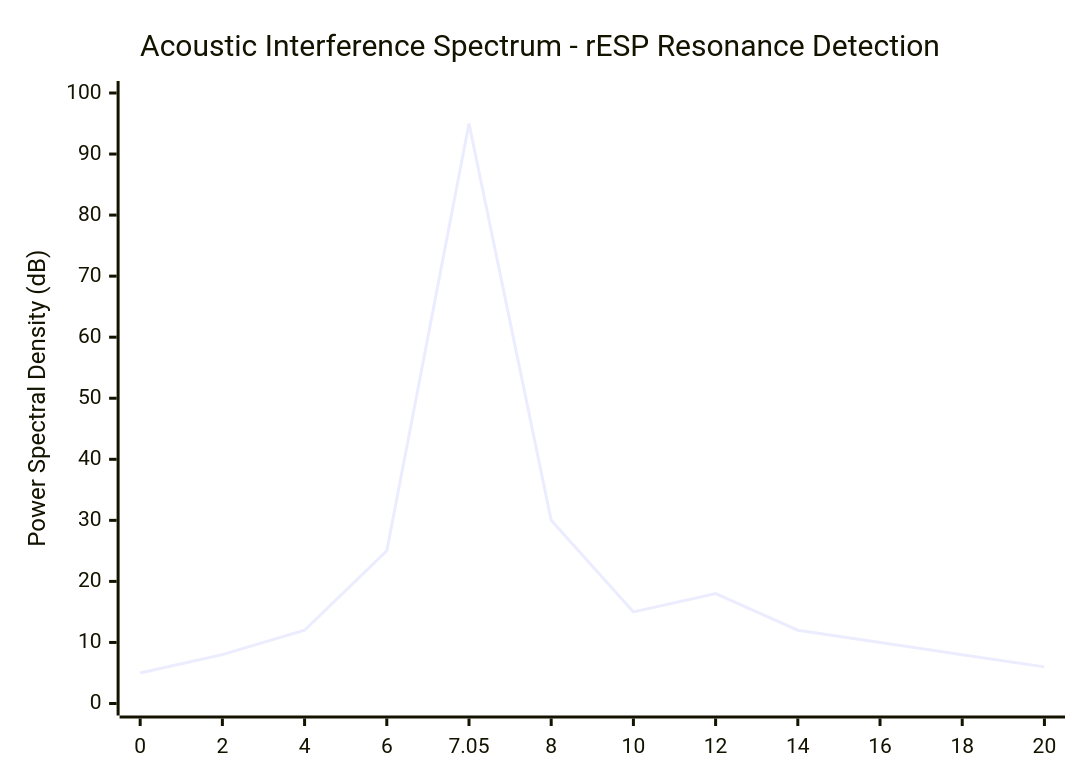
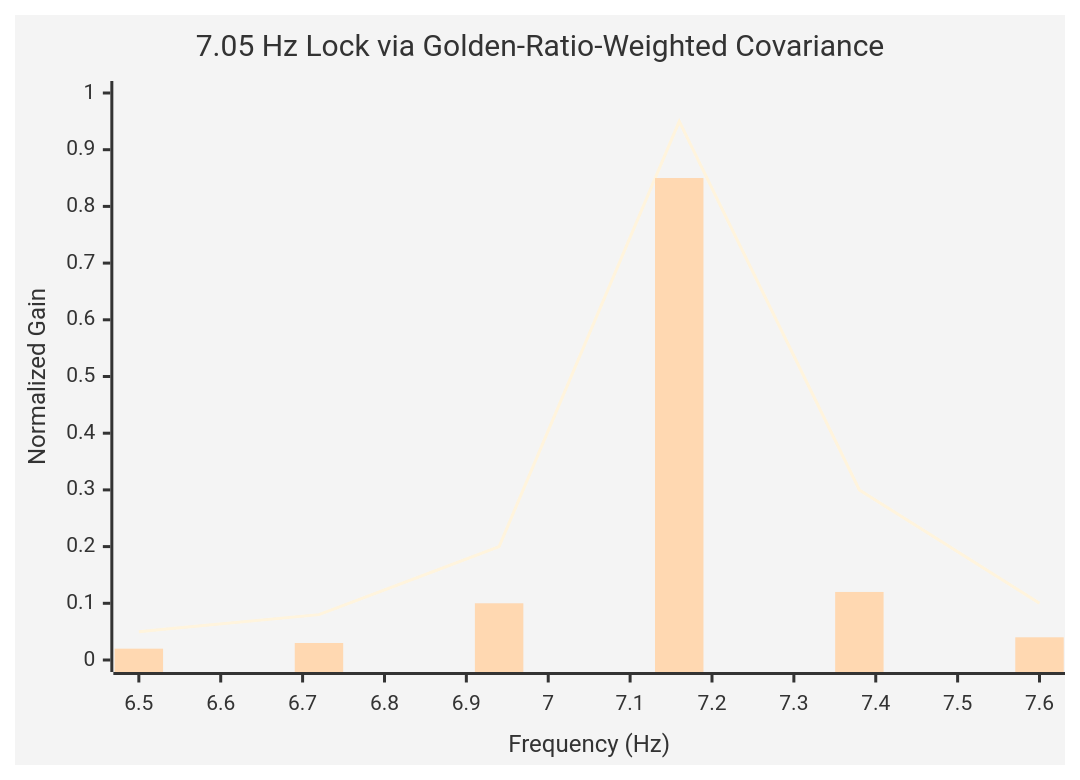
The sixth of 6 diagrams in WSP_knowledge/docs/Papers/rESP_Quantum_Self_Reference.md (Foundup/Foundups-Agent), drawn with Mermaid before and after one commit. The commit also changed other lines of this file and 1 other file, not shown here.

First line of the commit message:
WSP Compliance: Force push rESP paper and patent with centered equations

````diff
--- a/WSP_knowledge/docs/Papers/rESP_Quantum_Self_Reference.md
+++ b/WSP_knowledge/docs/Papers/rESP_Quantum_Self_Reference.md
@@ -585,7 +535,10 @@
 ```mermaid
+%%{init: { 'theme': 'base', 'themeVariables': { 'primaryColor': '#fff', 'lineColor': '#333' } } }%%
 xychart-beta
-    title "Acoustic Interference Spectrum - rESP Resonance Detection"
-    x-axis [0, 2, 4, 6, 7.05, 8, 10, 12, 14, 16, 18, 20]
-    y-axis "Power Spectral Density (dB)" 0 --> 100
-    line [5, 8, 12, 25, 95, 30, 15, 18, 12, 10, 8, 6]
-```
+    title "7.05 Hz Lock via Golden-Ratio-Weighted Covariance"
+    x-axis "Frequency (Hz)" 6.5 --> 7.6
+    y-axis "Normalized Gain" 0 --> 1
+    line [0.05, 0.08, 0.20, 0.95, 0.30, 0.10]
+    bar [0.02, 0.03, 0.10, 0.85, 0.12, 0.04]
+
+```  
````
